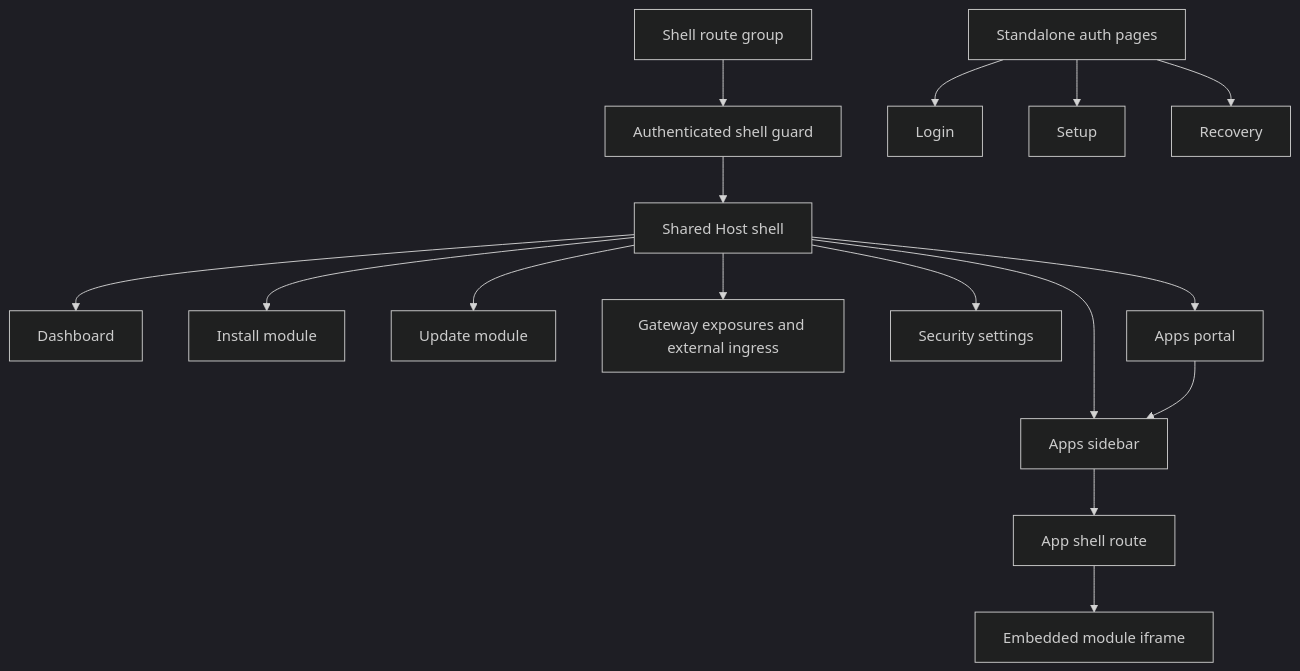
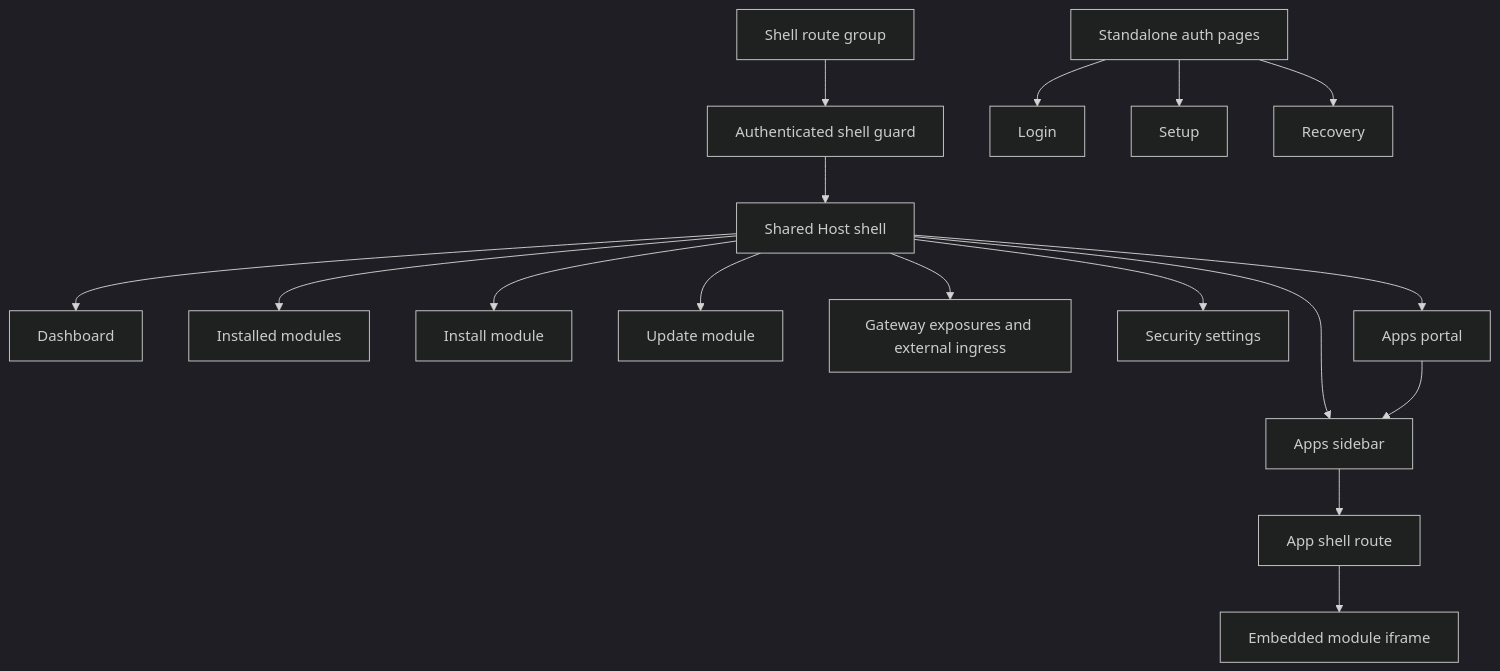
The diagram in docs/features/host-app-shell.md (alex-de-haas/docker-host), drawn with Mermaid (dark theme) before and after one commit. The commit also changed other lines of this file and 24 other files, not shown here.

````diff
--- a/docs/features/host-app-shell.md
+++ b/docs/features/host-app-shell.md
@@ -101,18 +102,19 @@
 ```mermaid
 flowchart TD
   A["Shell route group"] --> B["Authenticated shell guard"]
   B --> C["Shared Host shell"]
   C --> D["Dashboard"]
-  C --> E["Install module"]
+  C --> E["Installed modules"]
+  C --> X["Install module"]
   C --> F["Update module"]
   C --> G["Gateway exposures and external ingress"]
   C --> H["Security settings"]
   C --> M["Apps sidebar"]
   C --> P["Apps portal"]
   P --> M
   M --> N["App shell route"]
   N --> O["Embedded module iframe"]
   I["Standalone auth pages"] --> J["Login"]
   I --> K["Setup"]
   I --> L["Recovery"]
 ```
````
